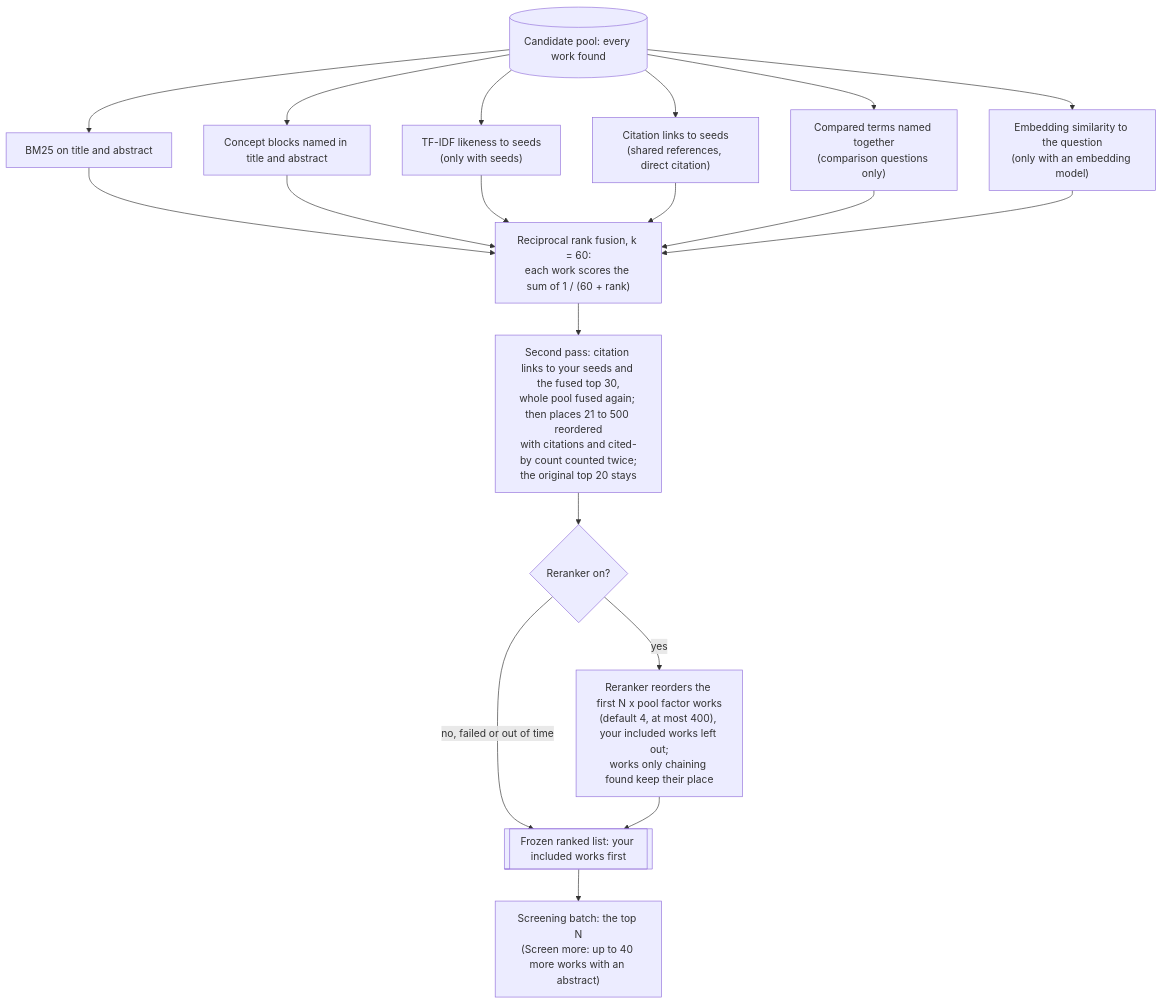
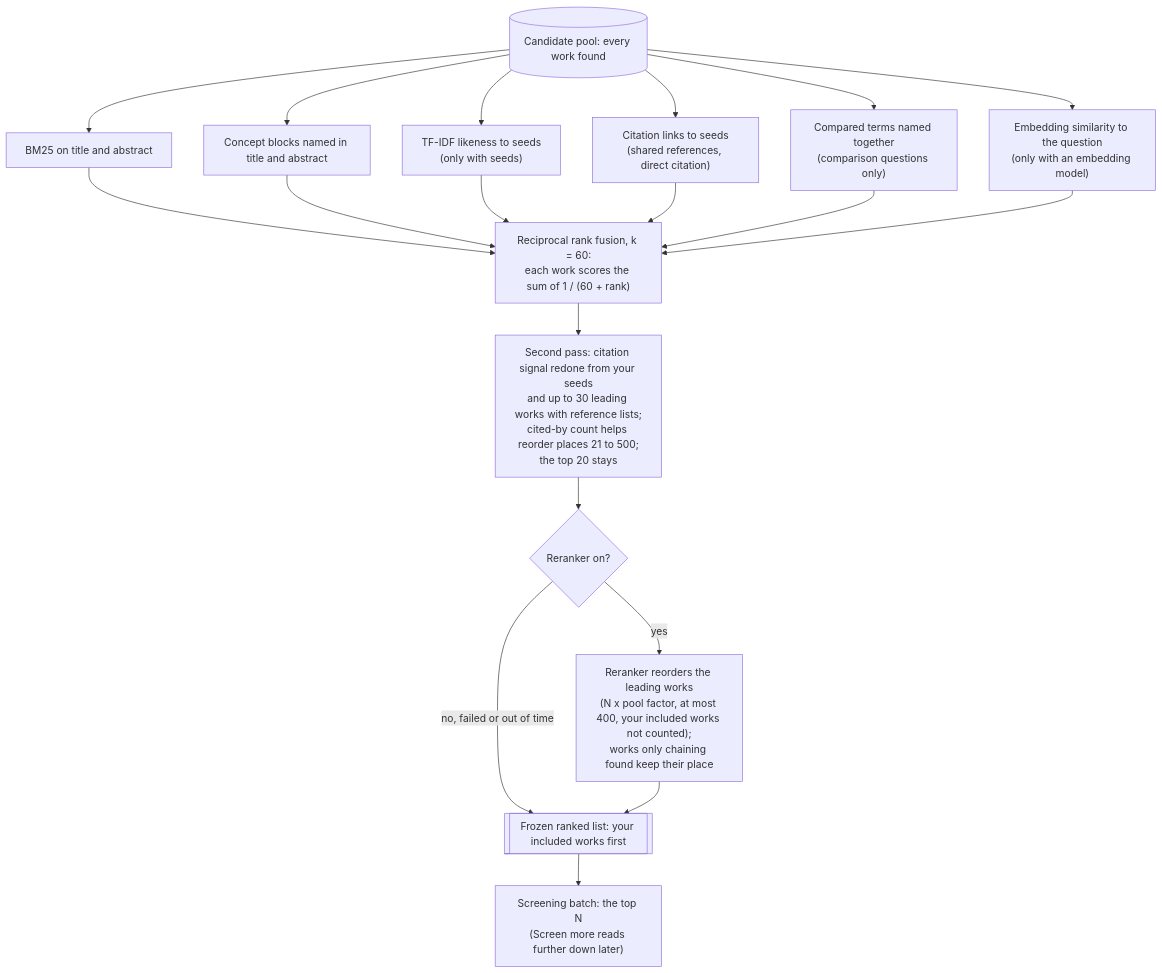
The second of 2 diagrams in docs/search.md (huguryildiz/DEIXIS), drawn with Mermaid before and after one commit. The commit also changed other lines of this file, not shown here.

````diff
--- a/docs/search.md
+++ b/docs/search.md
@@ -49,21 +50,21 @@
 ```mermaid
 flowchart TD
     POOL[("Candidate pool: every work found")] --> B["BM25 on title and abstract"]
     POOL --> BL["Concept blocks named in title and abstract"]
     POOL --> TF["TF-IDF likeness to seeds<br/>(only with seeds)"]
     POOL --> G["Citation links to seeds<br/>(shared references, direct citation)"]
     POOL --> J["Compared terms named together<br/>(comparison questions only)"]
     POOL --> E["Embedding similarity to the question<br/>(only with an embedding model)"]
     B --> F["Reciprocal rank fusion, k = 60:<br/>each work scores the sum of 1 / (60 + rank)"]
     BL --> F
     TF --> F
     G --> F
     J --> F
     E --> F
-    F --> P2["Second pass: citation links to your seeds and the fused top 30,<br/>whole pool fused again; then places 21 to 500 reordered<br/>with citations and cited-by count counted twice;<br/>the original top 20 stays"]
+    F --> P2["Second pass: citation signal redone from your seeds<br/>and up to 30 leading works with reference lists;<br/>cited-by count helps reorder places 21 to 500;<br/>the top 20 stays"]
     P2 --> RR{"Reranker on?"}
-    RR -->|"yes"| RRK["Reranker reorders the first N x pool factor works<br/>(default 4, at most 400), your included works left out;<br/>works only chaining found keep their place"]
+    RR -->|"yes"| RRK["Reranker reorders the leading works<br/>(N x pool factor, at most 400, your included works not counted);<br/>works only chaining found keep their place"]
     RR -->|"no, failed or out of time"| LIST
     RRK --> LIST[["Frozen ranked list: your included works first"]]
-    LIST --> BATCH["Screening batch: the top N<br/>(Screen more: up to 40 more works with an abstract)"]
+    LIST --> BATCH["Screening batch: the top N<br/>(Screen more reads further down later)"]
 ```
````
